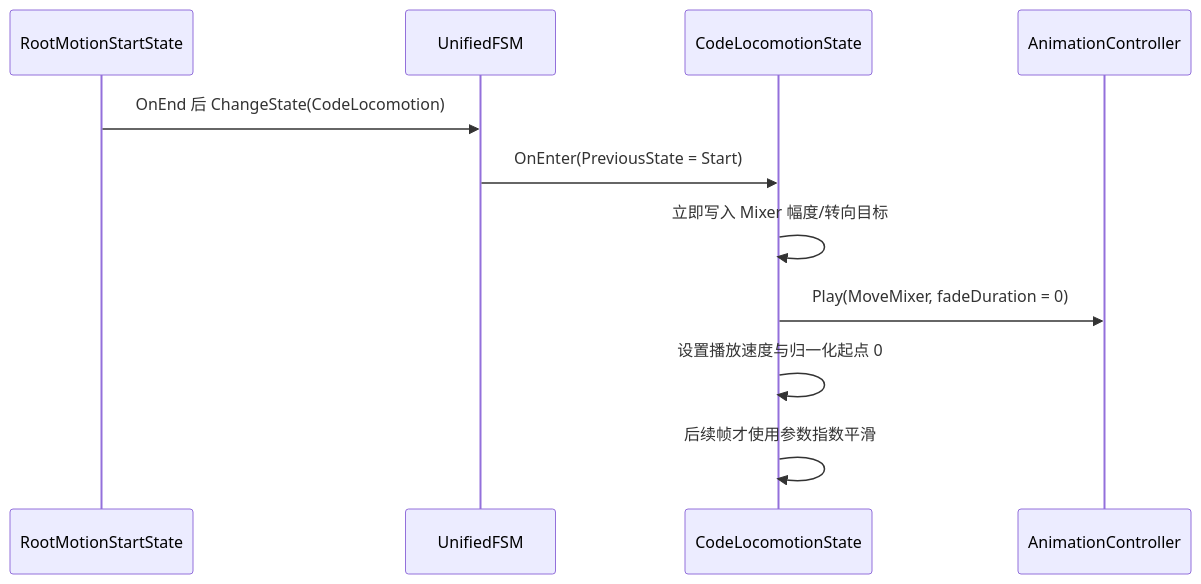
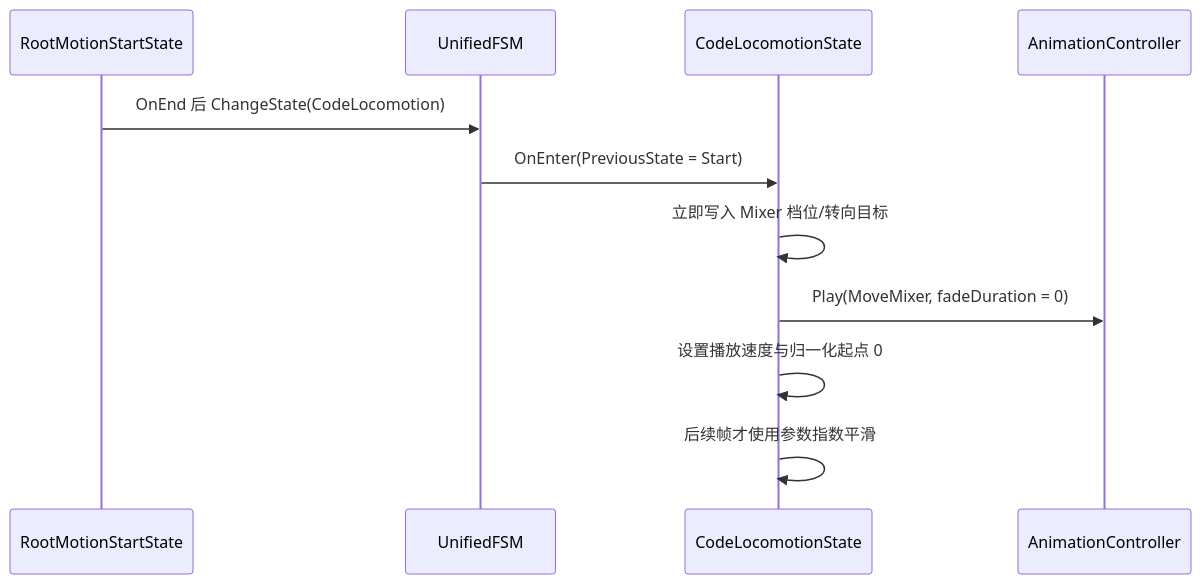
Before and after one commit to Whitesheeeep/3DRPG: the eighth of 8 diagrams in Assets/Scripts/Character/CharacterControlAndMotionArchitecture.md, drawn with Mermaid. The commit also changed other lines of this file and 15 other files, not shown here.

````diff
--- a/Assets/Scripts/Character/CharacterControlAndMotionArchitecture.md
+++ b/Assets/Scripts/Character/CharacterControlAndMotionArchitecture.md
@@ -269,13 +302,13 @@
 ```mermaid
 sequenceDiagram
     participant Start as RootMotionStartState
     participant FSM as UnifiedFSM
     participant Code as CodeLocomotionState
     participant Anim as AnimationController
     Start->>FSM: OnEnd 后 ChangeState(CodeLocomotion)
     FSM->>Code: OnEnter(PreviousState = Start)
-    Code->>Code: 立即写入 Mixer 幅度/转向目标
+    Code->>Code: 立即写入 Mixer 档位/转向目标
     Code->>Anim: Play(MoveMixer, fadeDuration = 0)
     Code->>Code: 设置播放速度与归一化起点 0
     Code->>Code: 后续帧才使用参数指数平滑
 ```
````
